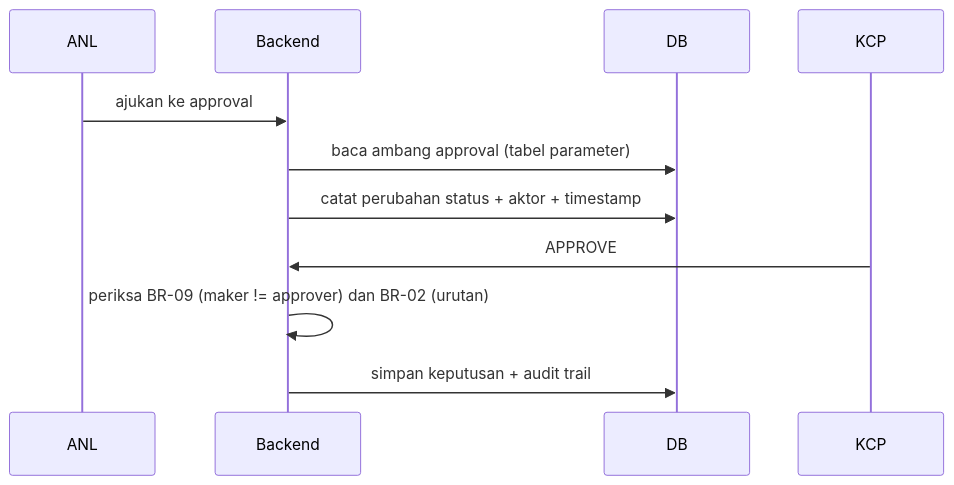
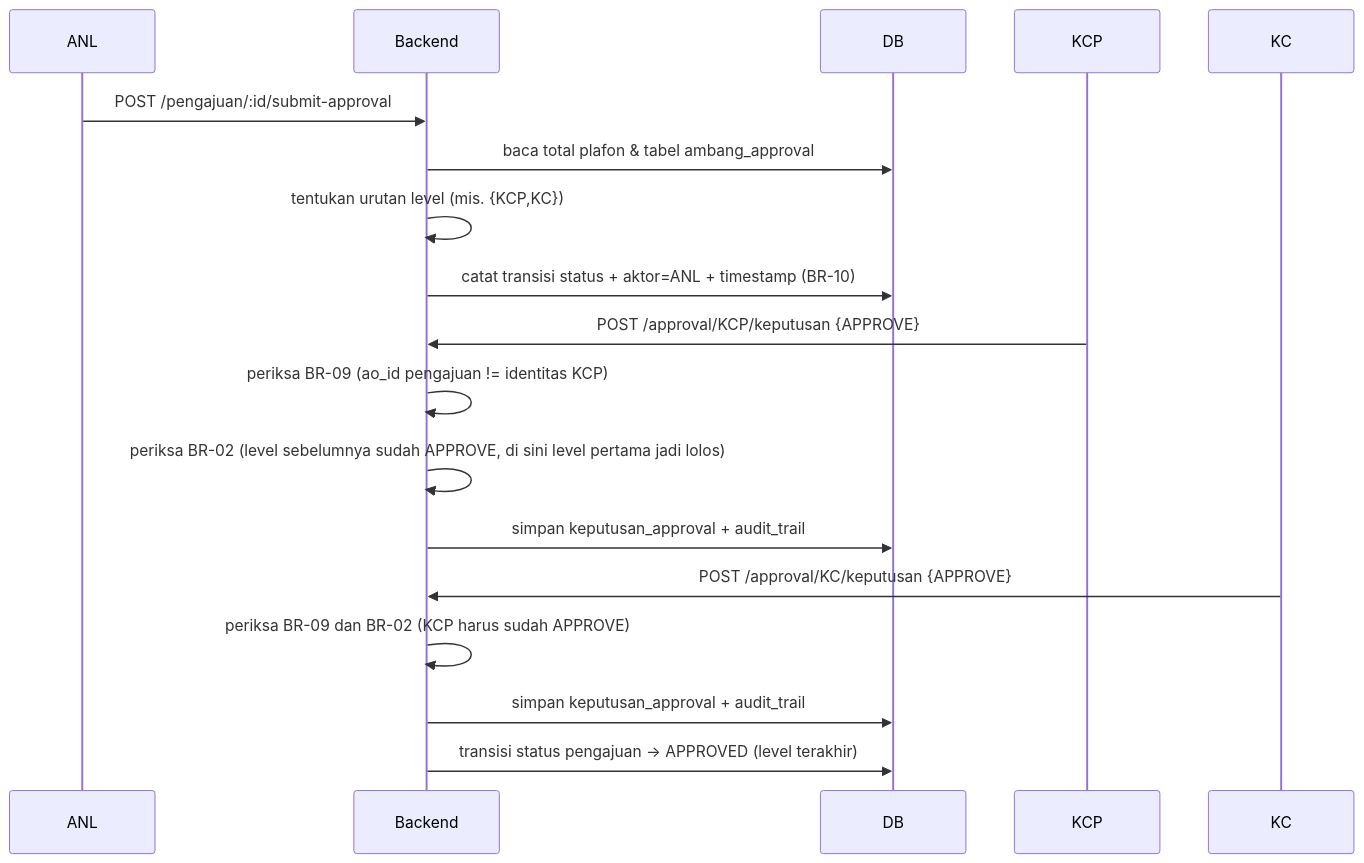
Before and after one commit to irgiys/tim1gow: the third of 6 diagrams in docs/SDD-iMitra.md, drawn with Mermaid. The commit also changed other lines of this file, not shown here.

````diff
--- a/docs/SDD-iMitra.md
+++ b/docs/SDD-iMitra.md
@@ -161,13 +157,20 @@
 ```mermaid
 sequenceDiagram
   participant ANL
   participant BE as Backend
   participant DB
   participant KCP
-  ANL->>BE: ajukan ke approval
-  BE->>DB: baca ambang approval (tabel parameter)
-  BE->>DB: catat perubahan status + aktor + timestamp
-  KCP->>BE: APPROVE
-  BE->>BE: periksa BR-09 (maker != approver) dan BR-02 (urutan)
-  BE->>DB: simpan keputusan + audit trail
+  participant KC
+  ANL->>BE: POST /pengajuan/:id/submit-approval
+  BE->>DB: baca total plafon & tabel ambang_approval
+  BE->>BE: tentukan urutan level (mis. {KCP,KC})
+  BE->>DB: catat transisi status + aktor=ANL + timestamp (BR-10)
+  KCP->>BE: POST /approval/KCP/keputusan {APPROVE}
+  BE->>BE: periksa BR-09 (ao_id pengajuan != identitas KCP)
+  BE->>BE: periksa BR-02 (level sebelumnya sudah APPROVE, di sini level pertama jadi lolos)
+  BE->>DB: simpan keputusan_approval + audit_trail
+  KC->>BE: POST /approval/KC/keputusan {APPROVE}
+  BE->>BE: periksa BR-09 dan BR-02 (KCP harus sudah APPROVE)
+  BE->>DB: simpan keputusan_approval + audit_trail
+  BE->>DB: transisi status pengajuan -> APPROVED (level terakhir)
 ```
````
